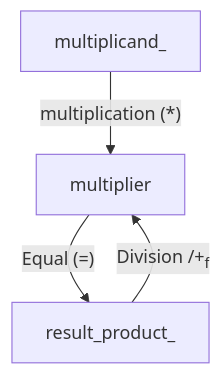
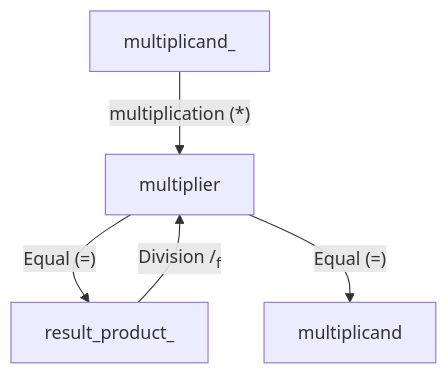
Before and after one commit to will-bc/Blockchain-Cryptocurrency: the third of 3 diagrams in Finite_Field/README.md, drawn with Mermaid.

````diff
--- a/Finite_Field/README.md
+++ b/Finite_Field/README.md
@@ -49,8 +49,8 @@
 ```mermaid 
 graph TB 
 multiplicand_ --"multiplication (*)" --> multiplier-->|"Equal (=)"|result_product_ 
 
-result_product_-- "Division /"+<sub>f</sub> -->multiplier
-
+result_product_-- "Division /<sub>f</sub>" -->multiplier
+multiplier-->|"Equal (=)"|multiplicand
 
 ```
````
